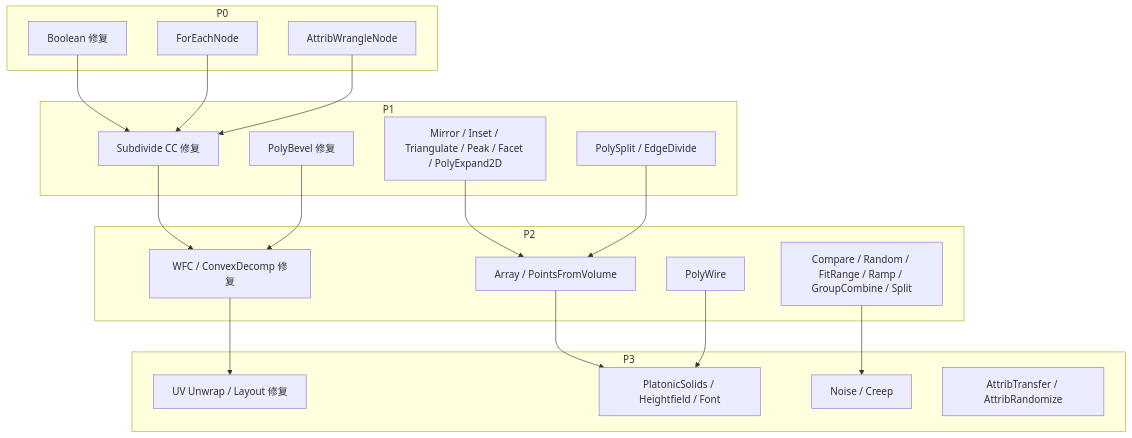
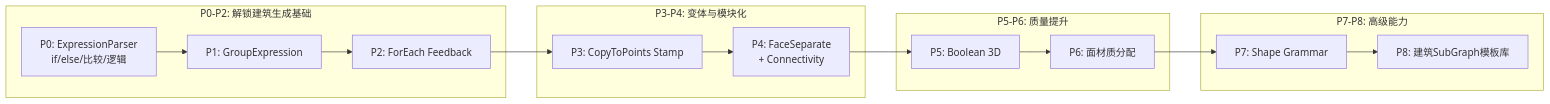
The diagram in Assets/PCGToolkit/TaskDocument/OUTLINE.md (patrietsub36/pcg_for_unity), drawn with Mermaid before and after one commit. The commit also changed other lines of this file and 1 other file, not shown here.

````diff
--- a/Assets/PCGToolkit/TaskDocument/OUTLINE.md
+++ b/Assets/PCGToolkit/TaskDocument/OUTLINE.md
@@ -130,37 +173,21 @@
 ```mermaid
-graph TD
-    subgraph "P0"
-        A["Boolean 修复"]
-        B["ForEachNode"]
-        C["AttribWrangleNode"]
+graph LR
+    subgraph "P0-P2: 解锁建筑生成基础"
+        A["P0: ExpressionParser\nif/else/比较/逻辑"]
+        B["P1: GroupExpression"]
+        C["P2: ForEach Feedback"]
     end
-    subgraph "P1"
-        D["Subdivide CC 修复"]
-        E["PolyBevel 修复"]
-        F["Mirror / Inset / Triangulate / Peak / Facet / PolyExpand2D"]
-        G["PolySplit / EdgeDivide"]
+    subgraph "P3-P4: 变体与模块化"
+        D["P3: CopyToPoints Stamp"]
+        E["P4: FaceSeparate\n+ Connectivity"]
     end
-    subgraph "P2"
-        H["WFC / ConvexDecomp 修复"]
-        I["Array / PointsFromVolume"]
-        J["PolyWire"]
-        K["Compare / Random / FitRange / Ramp / GroupCombine / Split"]
+    subgraph "P5-P6: 质量提升"
+        F["P5: Boolean 3D"]
+        G["P6: 面材质分配"]
     end
-    subgraph "P3"
-        L["UV Unwrap / Layout 修复"]
-        M["PlatonicSolids / Heightfield / Font"]
-        N["Noise / Creep"]
-        O["AttribTransfer / AttribRandomize"]
+    subgraph "P7-P8: 高级能力"
+        H["P7: Shape Grammar"]
+        I["P8: 建筑SubGraph模板库"]
     end
-    A --> D
-    B --> D
-    C --> D
-    D --> H
-    E --> H
-    F --> I
-    G --> I
-    H --> L
-    I --> M
-    J --> M
-    K --> N
+    A --> B --> C --> D --> E --> F --> G --> H --> I
 ```
````
